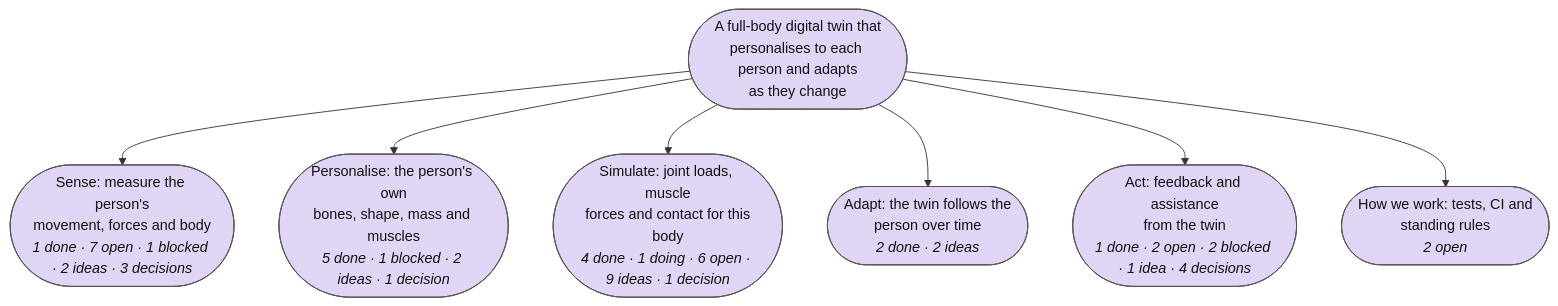
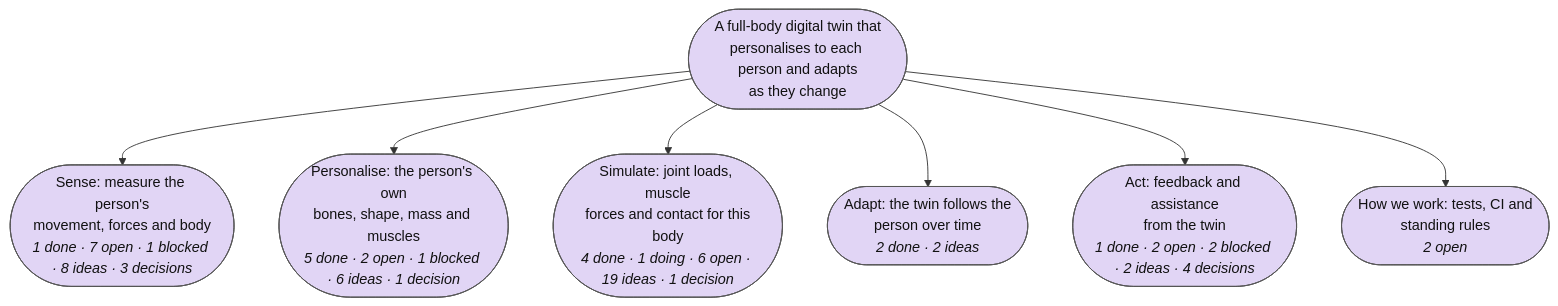
Before and after one commit to Sigurius23/Rehab-agent: the first of 7 diagrams in plan/MAP.md, drawn with Mermaid. The commit also changed other lines of this file and 33 other files, not shown here.

````diff
--- a/plan/MAP.md
+++ b/plan/MAP.md
@@ -9,35 +9,35 @@
 ```mermaid
 flowchart TB
   r(["A full-body digital twin that<br/>personalises to each person and adapts<br/>as they change"]):::goal_open
-  p0(["Sense: measure the person's<br/>movement, forces and body<br/><i>1 done · 7 open · 1 blocked · 2 ideas · 3 decisions</i>"]):::goal_open
+  p0(["Sense: measure the person's<br/>movement, forces and body<br/><i>1 done · 7 open · 1 blocked · 8 ideas · 3 decisions</i>"]):::goal_open
   r --> p0
-  p1(["Personalise: the person's own<br/>bones, shape, mass and muscles<br/><i>5 done · 1 blocked · 2 ideas · 1 decision</i>"]):::goal_open
+  p1(["Personalise: the person's own<br/>bones, shape, mass and muscles<br/><i>5 done · 2 open · 1 blocked · 6 ideas · 1 decision</i>"]):::goal_open
   r --> p1
-  p2(["Simulate: joint loads, muscle<br/>forces and contact for this<br/>body<br/><i>4 done · 1 doing · 6 open · 9 ideas · 1 decision</i>"]):::goal_open
+  p2(["Simulate: joint loads, muscle<br/>forces and contact for this<br/>body<br/><i>4 done · 1 doing · 6 open · 19 ideas · 1 decision</i>"]):::goal_open
   r --> p2
   p3(["Adapt: the twin follows the<br/>person over time<br/><i>2 done · 2 ideas</i>"]):::goal_open
   r --> p3
-  p4(["Act: feedback and assistance<br/>from the twin<br/><i>1 done · 2 open · 2 blocked · 1 idea · 4 decisions</i>"]):::goal_open
+  p4(["Act: feedback and assistance<br/>from the twin<br/><i>1 done · 2 open · 2 blocked · 2 ideas · 4 decisions</i>"]):::goal_open
   r --> p4
   p5(["How we work: tests, CI and<br/>standing rules<br/><i>2 open</i>"]):::goal_open
   r --> p5
   classDef goal_open fill:#e1d5f5,stroke:#555,color:#111
   classDef goal_done fill:#c8e6c9,stroke:#555,color:#111
   classDef step_open fill:#ffffff,stroke:#555,color:#111
   classDef step_doing fill:#fff3c4,stroke:#555,color:#111
   classDef step_done fill:#c8e6c9,stroke:#555,color:#111
   classDef step_blocked fill:#ffe0b2,stroke:#555,color:#111
   classDef step_dropped fill:#eeeeee,stroke:#555,color:#111
   classDef test_planned fill:#ffffff,stroke:#555,color:#111
   classDef test_running fill:#fff3c4,stroke:#555,color:#111
   classDef test_passed fill:#c8e6c9,stroke:#555,color:#111
   classDef test_failed fill:#ffcdd2,stroke:#555,color:#111
   classDef test_mixed fill:#fff3c4,stroke:#555,color:#111
   classDef test_dropped fill:#eeeeee,stroke:#555,color:#111
   classDef idea_new fill:#d7f0f7,stroke:#555,color:#111,stroke-dasharray: 4 3
   classDef idea_promoted fill:#eeeeee,stroke:#555,color:#111,stroke-dasharray: 4 3
   classDef idea_dropped fill:#eeeeee,stroke:#555,color:#111,stroke-dasharray: 4 3
   classDef decision_open fill:#ffe0b2,stroke:#555,color:#111
   classDef decision_decided fill:#ffe0b2,stroke:#555,color:#111
   classDef external fill:#f5f5f5,stroke:#aaa,color:#777,stroke-dasharray: 2 2
 ```
````
